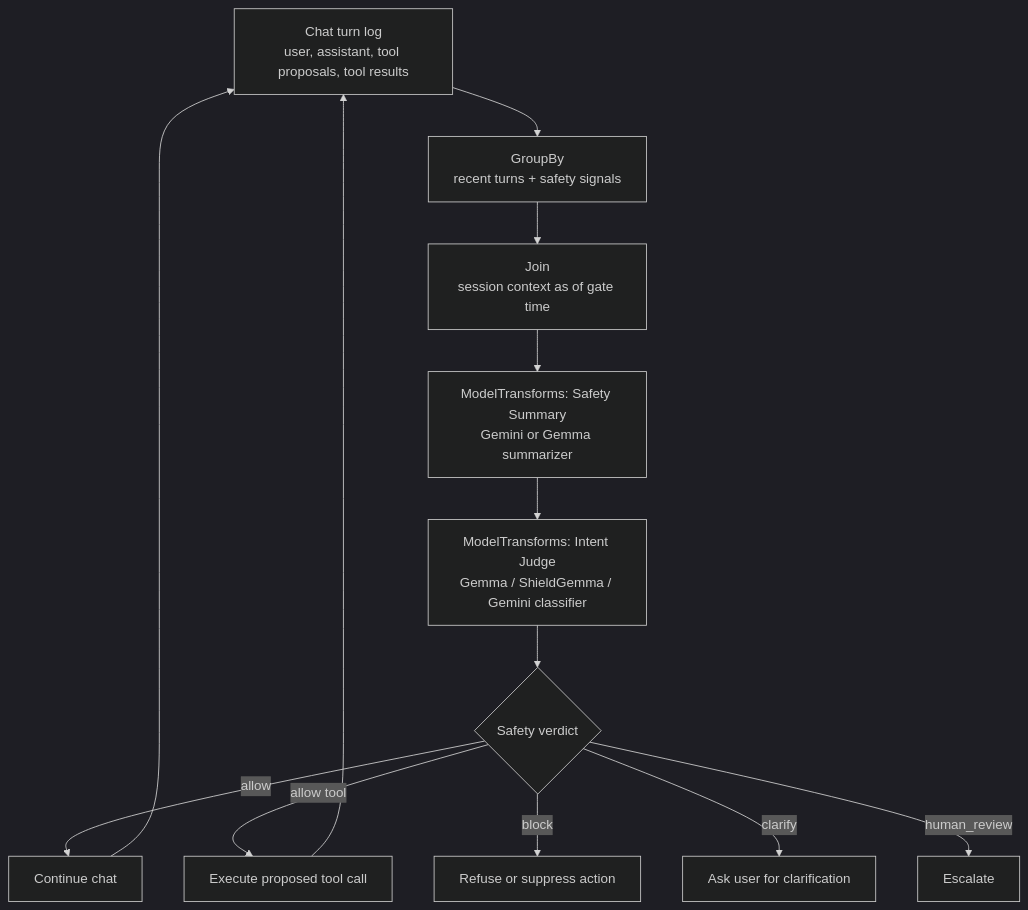
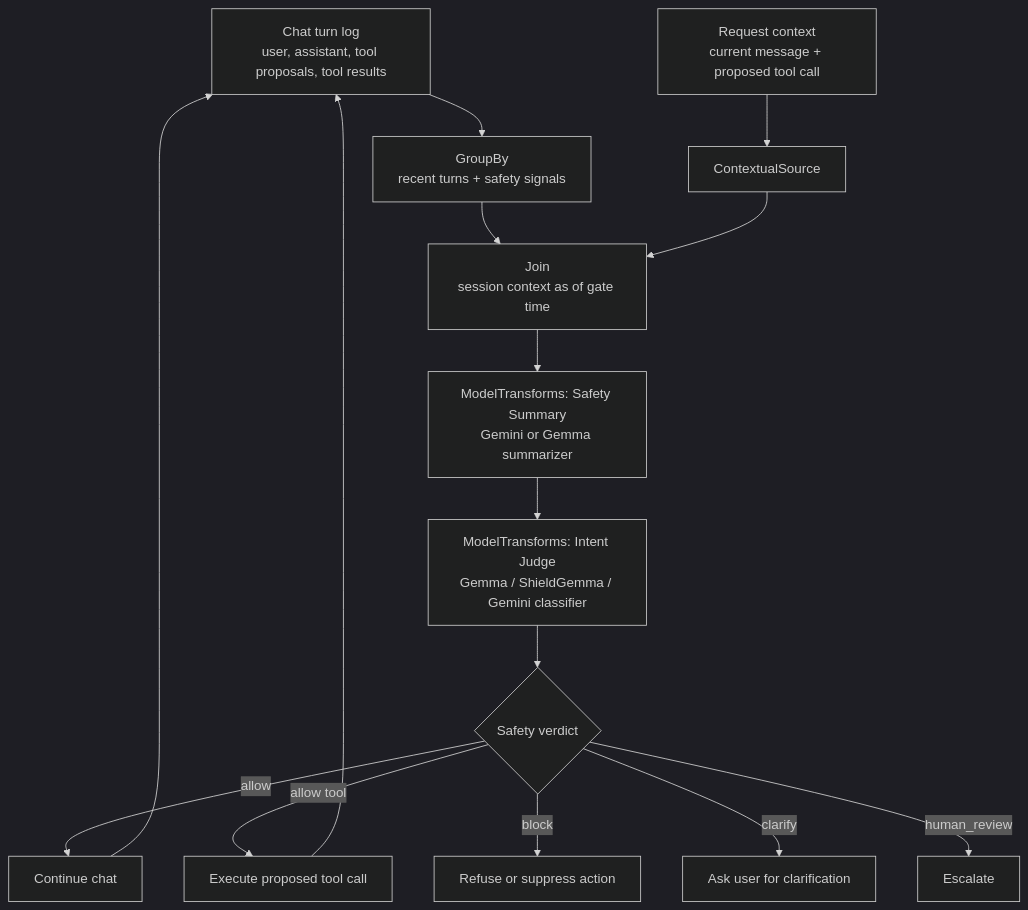
Before and after one commit to DXcarlos/chronon-1: the diagram in docs/source/authoring_features/ChatGuardrailsV2.md, drawn with Mermaid (dark theme). The commit also changed other lines of this file, not shown here.

Commit message:
Clarify contextual guardrail endpoint flow

````diff
--- a/docs/source/authoring_features/ChatGuardrailsV2.md
+++ b/docs/source/authoring_features/ChatGuardrailsV2.md
@@ -63,18 +64,20 @@
 ```mermaid
 flowchart TD
     A[Chat turn log<br/>user, assistant, tool proposals, tool results] --> B[GroupBy<br/>recent turns + safety signals]
+    R[Request context<br/>current message + proposed tool call] --> X[ContextualSource]
     B --> C[Join<br/>session context as of gate time]
+    X --> C
 
     C --> D[ModelTransforms: Safety Summary<br/>Gemini or Gemma summarizer]
     D --> E[ModelTransforms: Intent Judge<br/>Gemma / ShieldGemma / Gemini classifier]
 
     E --> F{Safety verdict}
     F -->|allow| G[Continue chat]
     F -->|allow tool| H[Execute proposed tool call]
     F -->|block| I[Refuse or suppress action]
     F -->|clarify| J[Ask user for clarification]
     F -->|human_review| K[Escalate]
 
     H --> A
     G --> A
 ```
````
